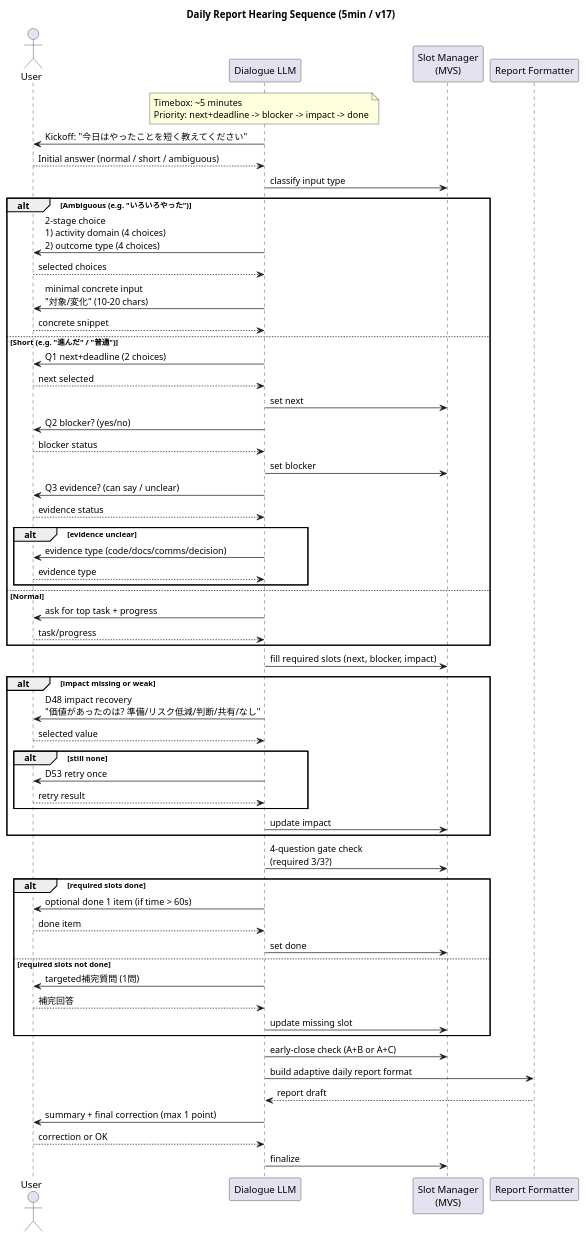
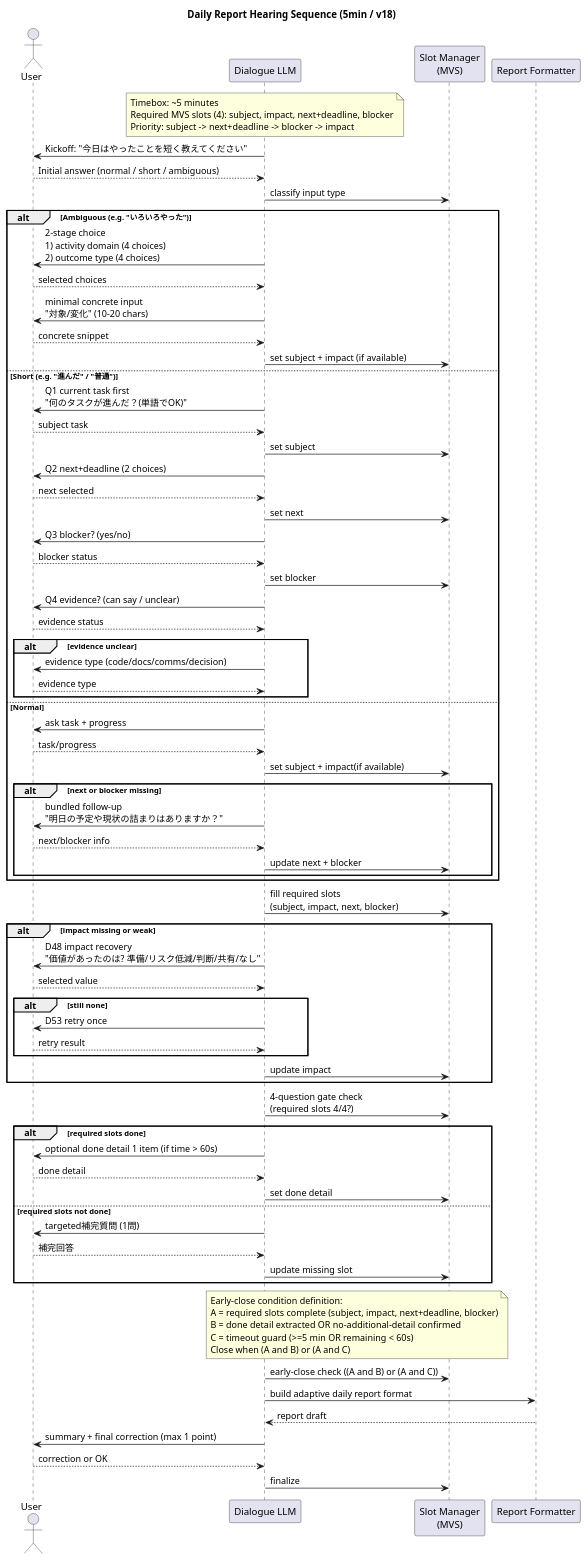
Before and after one commit to udon-afk/freemilia: the diagram in ops/DAILY_REPORT_DIALOG_SEQUENCE_V1.puml, drawn with PlantUML.

Commit message:
Refine sequence flow: subject-first short path, MVS 4 slots, close conditions

```diff
--- a/ops/DAILY_REPORT_DIALOG_SEQUENCE_V1.puml
+++ b/ops/DAILY_REPORT_DIALOG_SEQUENCE_V1.puml
@@ -1,73 +1,92 @@
 @startuml
-' Daily report interview algorithm (v17)
+' Daily report interview algorithm (v18)
 
-title Daily Report Hearing Sequence (5min / v17)
+title Daily Report Hearing Sequence (5min / v18)
 
 actor User as U
 participant "Dialogue LLM" as L
 participant "Slot Manager\n(MVS)" as S
 participant "Report Formatter" as F
 
 note over L
 Timebox: ~5 minutes
-Priority: next+deadline -> blocker -> impact -> done
+Required MVS slots (4): subject, impact, next+deadline, blocker
+Priority: subject -> next+deadline -> blocker -> impact
 end note
 
 L -> U: Kickoff: "今日はやったことを短く教えてください"
 U --> L: Initial answer (normal / short / ambiguous)
 L -> S: classify input type
 
 alt Ambiguous (e.g. "いろいろやった")
   L -> U: 2-stage choice\n1) activity domain (4 choices)\n2) outcome type (4 choices)
   U --> L: selected choices
   L -> U: minimal concrete input\n"対象/変化" (10-20 chars)
   U --> L: concrete snippet
+  L -> S: set subject + impact (if available)
 else Short (e.g. "進んだ" / "普通")
-  L -> U: Q1 next+deadline (2 choices)
+  L -> U: Q1 current task first\n"何のタスクが進んだ？(単語でOK)"
+  U --> L: subject task
+  L -> S: set subject
+  L -> U: Q2 next+deadline (2 choices)
   U --> L: next selected
   L -> S: set next
-  L -> U: Q2 blocker? (yes/no)
+  L -> U: Q3 blocker? (yes/no)
   U --> L: blocker status
   L -> S: set blocker
-  L -> U: Q3 evidence? (can say / unclear)
+  L -> U: Q4 evidence? (can say / unclear)
   U --> L: evidence status
   alt evidence unclear
     L -> U: evidence type (code/docs/comms/decision)
     U --> L: evidence type
   end
 else Normal
-  L -> U: ask for top task + progress
+  L -> U: ask task + progress
   U --> L: task/progress
+  L -> S: set subject + impact(if available)
+  alt next or blocker missing
+    L -> U: bundled follow-up\n"明日の予定や現状の詰まりはありますか？"
+    U --> L: next/blocker info
+    L -> S: update next + blocker
+  end
 end
 
-L -> S: fill required slots (next, blocker, impact)
+L -> S: fill required slots\n(subject, impact, next, blocker)
 
 alt impact missing or weak
   L -> U: D48 impact recovery\n"価値があったのは? 準備/リスク低減/判断/共有/なし"
   U --> L: selected value
   alt still none
     L -> U: D53 retry once
     U --> L: retry result
   end
   L -> S: update impact
 end
 
-L -> S: 4-question gate check\n(required 3/3?)
+L -> S: 4-question gate check\n(required slots 4/4?)
 alt required slots done
-  L -> U: optional done 1 item (if time > 60s)
-  U --> L: done item
-  L -> S: set done
+  L -> U: optional done detail 1 item (if time > 60s)
+  U --> L: done detail
+  L -> S: set done detail
 else required slots not done
   L -> U: targeted補完質問 (1問)
-  U --> L:補完回答
+  U --> L: 補完回答
   L -> S: update missing slot
 end
 
-L -> S: early-close check (A+B or A+C)
+note over L,S
+Early-close condition definition:
+A = required slots complete (subject, impact, next+deadline, blocker)
+B = done detail extracted OR no-additional-detail confirmed
+C = timeout guard (>=5 min OR remaining < 60s)
+Close when (A and B) or (A and C)
+end note
+
+L -> S: early-close check ((A and B) or (A and C))
 L -> F: build adaptive daily report format
 F --> L: report draft
 L -> U: summary + final correction (max 1 point)
 U --> L: correction or OK
 L -> S: finalize
 
 @enduml
```
